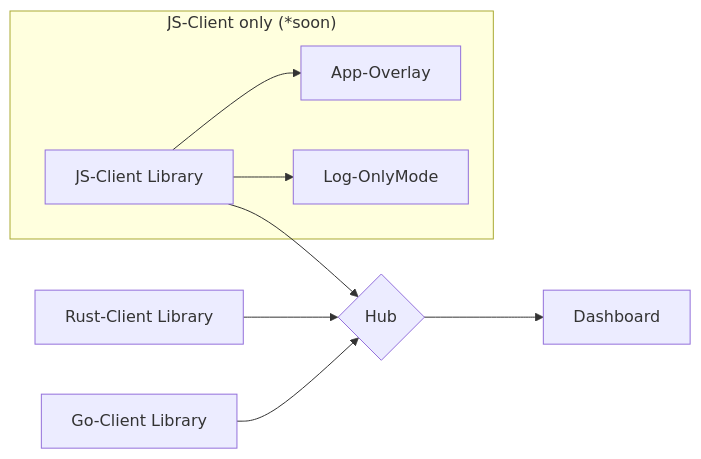
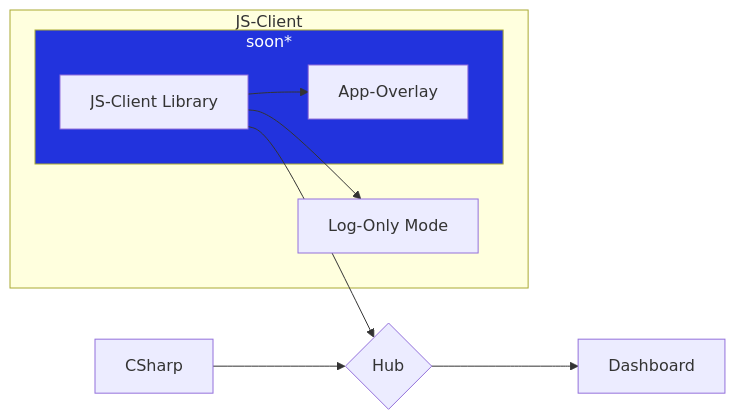
The diagram in readme_assets/workflow.mmd (senstate/platform), drawn with Mermaid before and after one commit. The commit also changed 29 other files, not shown here.

```diff
--- a/readme_assets/workflow.mmd
+++ b/readme_assets/workflow.mmd
@@ -1,11 +1,19 @@
 graph LR
-  subgraph "JS-Client only (*soon)"
-  JS --> App-Overlay
-  JS --> Log-OnlyMode
- end
+  Hub--> Dashboard
+
+  subgraph "JS-Client"
+
+    JS --> Log[Log-Only Mode]
+    subgraph soon["soon*"]
+    JS --> App-Overlay
+    end
+  end
   JS[JS-Client Library] --> Hub{Hub}
 
+  CS[CSharp] --> Hub
 
-  Rust[Rust-Client Library] --> Hub
-  Go[Go-Client Library] --> Hub
-  Hub--> Dashboard
+
+class soon lightblue;
+classDef lightblue fill:#23D;
+classDef lightblue color: white;
+classDef lightblue padding-top: 10px;
```
